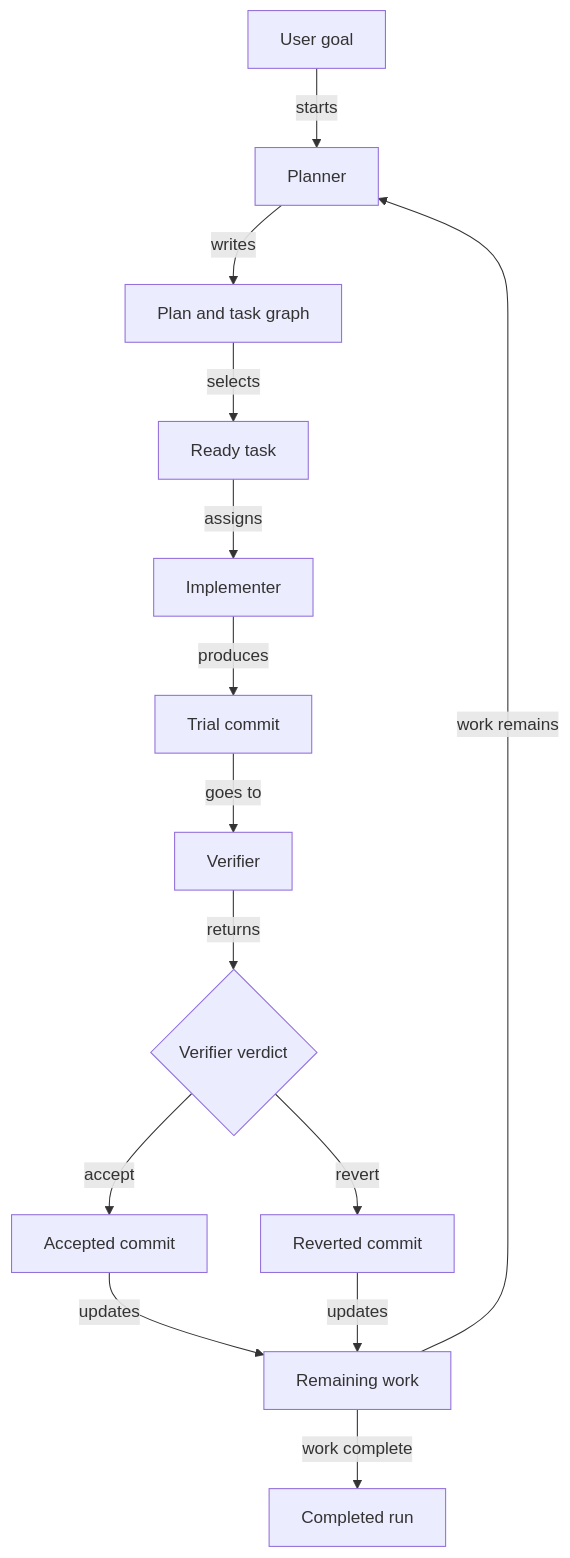
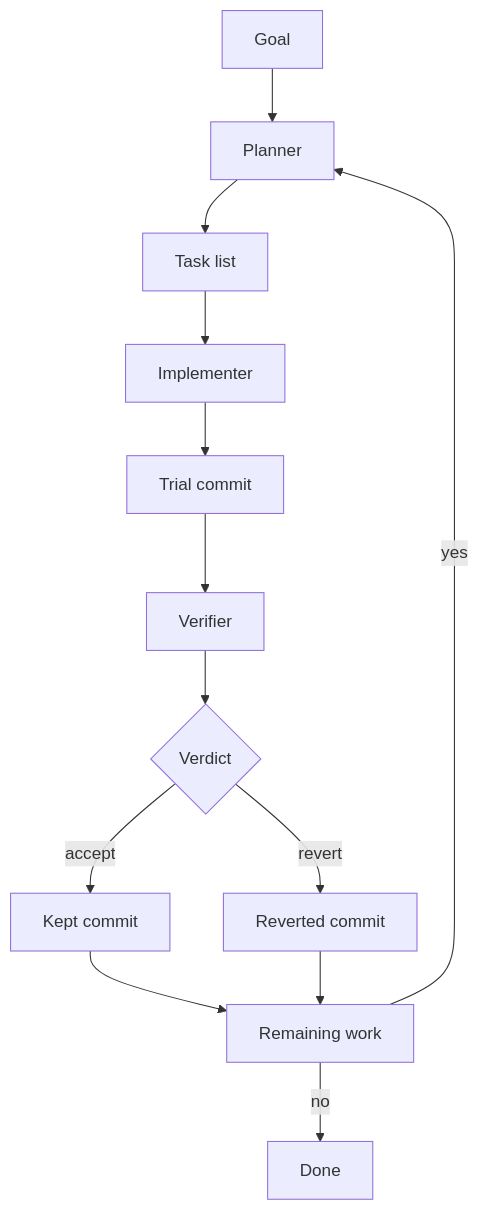
Before and after one commit to 0xabrar/harness: the diagram in README.md, drawn with Mermaid. The commit also changed other lines of this file, not shown here.

````diff
--- a/README.md
+++ b/README.md
@@ -29,16 +15,15 @@
 ```mermaid
 flowchart TD
-    A[User goal] -->|starts| B[Planner]
-    B -->|writes| C[Plan and task graph]
-    C -->|selects| D[Ready task]
-    D -->|assigns| E[Implementer]
-    E -->|produces| F[Trial commit]
-    F -->|goes to| G[Verifier]
-    G -->|returns| H{Verifier verdict}
-    H -->|accept| I[Accepted commit]
-    H -->|revert| J[Reverted commit]
-    I -->|updates| K[Remaining work]
-    J -->|updates| K
-    K -->|work remains| B
-    K -->|work complete| L[Completed run]
+    A[Goal] --> B[Planner]
+    B --> C[Task list]
+    C --> D[Implementer]
+    D --> E[Trial commit]
+    E --> F[Verifier]
+    F --> G{Verdict}
+    G -->|accept| H[Kept commit]
+    G -->|revert| I[Reverted commit]
+    H --> J[Remaining work]
+    I --> J
+    J -->|yes| B
+    J -->|no| K[Done]
 ```
````
